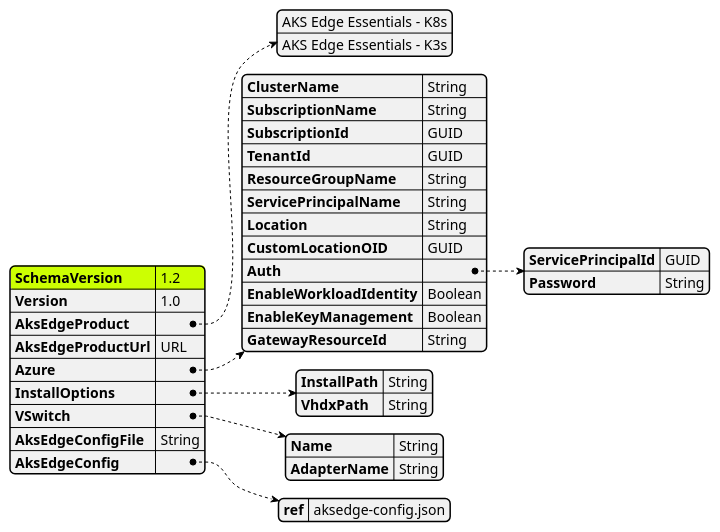
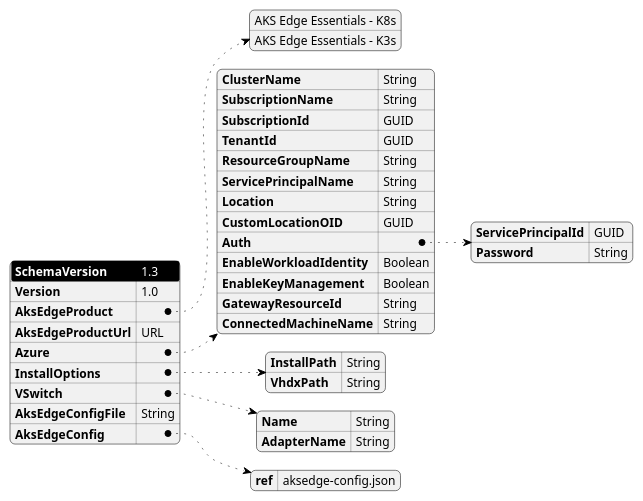
One commit to Azure/AKS-Edge changed the diagram in tools/modules/AksEdgeDeploy/aide-userconfig.puml. Above: the diagram before and after it, drawn with PlantUML. The commit also changed 8 other files, not shown here.

Commit message:
Add ConnectedMachineName option

```diff
--- a/tools/modules/AksEdgeDeploy/aide-userconfig.puml
+++ b/tools/modules/AksEdgeDeploy/aide-userconfig.puml
@@ -1,64 +1,65 @@
 @startjson AksEdgeDeploy
 <style>
 jsonDiagram {
     node {
         FontSize 12
         RoundCorner 10
         LineThickness 0.5
         separator {
             LineThickness 0.25
         }
     }
     arrow {
         LineThickness 0.5
-        LineStyle 2;6
+        LineStyle 2,6
     }
     highlight {
         BackgroundColor black
         FontColor White
     }
 }
 </style>
 #highlight "SchemaVersion"
 {
-    "SchemaVersion":"1.2",
+    "SchemaVersion":"1.3",
     "Version":"1.0",
     "AksEdgeProduct" : [
                 "AKS Edge Essentials - K8s",
                 "AKS Edge Essentials - K3s"
             ],
     "AksEdgeProductUrl" : "URL",
     "Azure":{
         "ClusterName":"String",
         "SubscriptionName":"String",
         "SubscriptionId": "GUID",
         "TenantId":"GUID",
         "ResourceGroupName": "String",
         "ServicePrincipalName" : "String",
         "Location" : "String",
         "CustomLocationOID":"GUID",
         "Auth": {
             "ServicePrincipalId" : "GUID",
             "Password" : "String"
         },
         "EnableWorkloadIdentity" : "Boolean",
         "EnableKeyManagement" : "Boolean",
-        "GatewayResourceId": "String"
+        "GatewayResourceId": "String",
+        "ConnectedMachineName": "String"
     }
     ,
     "InstallOptions":{
         "InstallPath":"String",
         "VhdxPath":"String"
     }
     ,
     "VSwitch": {
         "Name": "String",
         "AdapterName": "String"
     }
     ,
     "AksEdgeConfigFile":"String",
     "AksEdgeConfig":{
         "ref" :"aksedge-config.json"
     }
 }
 @endjson
```
